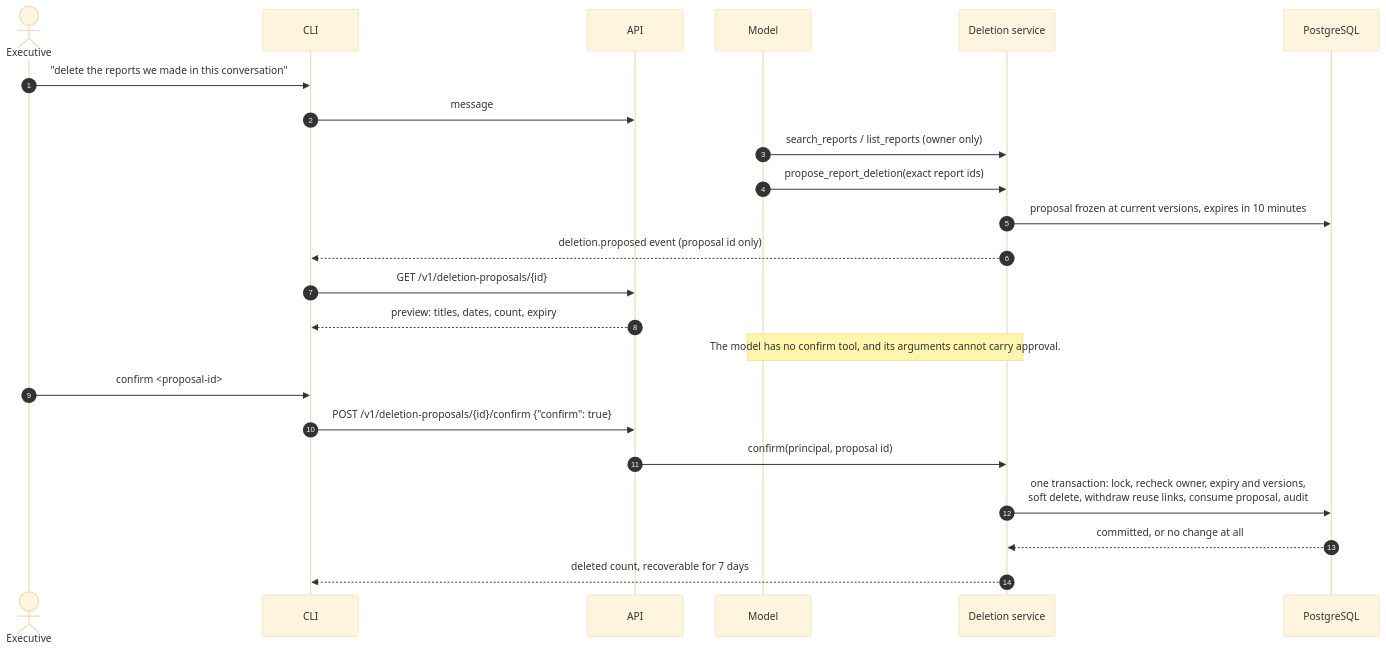
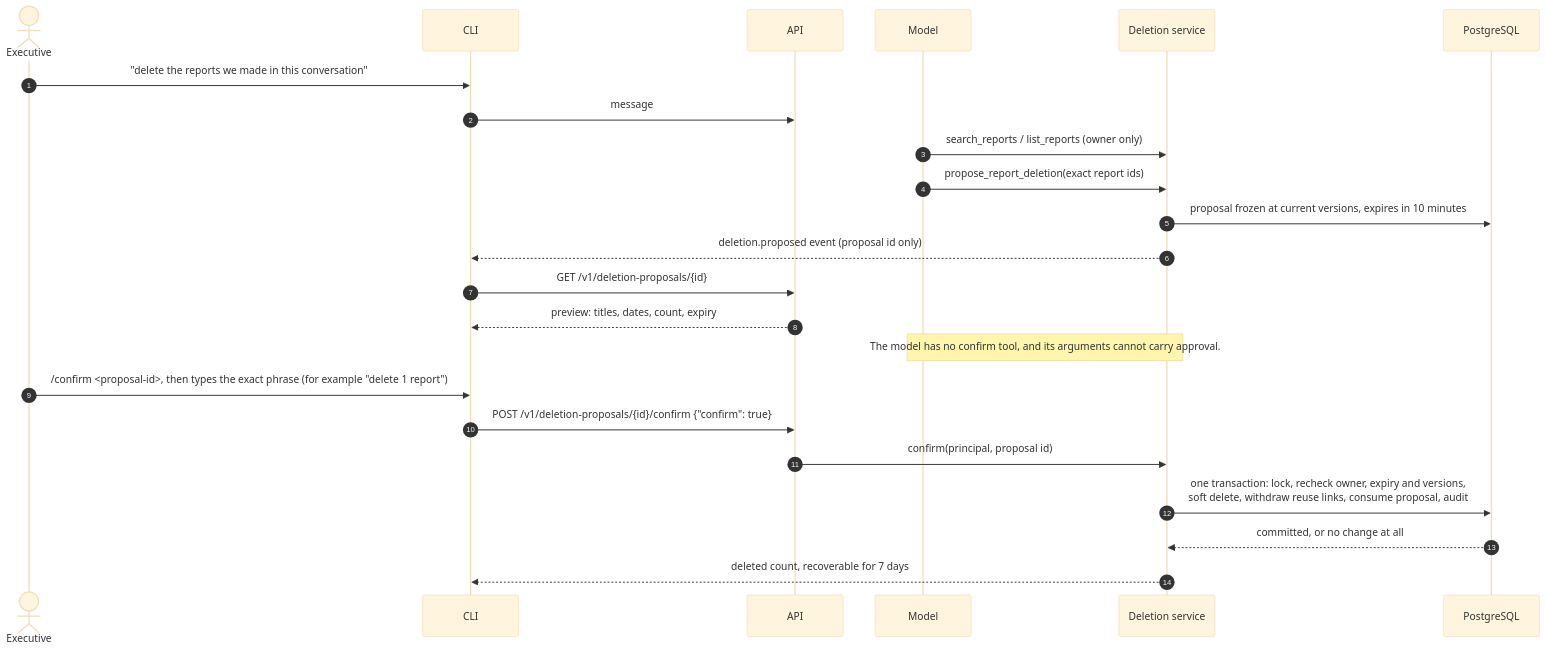
One commit to diego1q2w/retail-analytics-agent changed the second of 3 diagrams in docs/architecture/data-flow.md. Above: the diagram before and after it, drawn with Mermaid (base theme). The commit also changed other lines of this file and 25 other files, not shown here.

Commit message:
T40-F1: reconcile setup and local and production architecture

````diff
--- a/docs/architecture/data-flow.md
+++ b/docs/architecture/data-flow.md
@@ -65,26 +65,26 @@
 ```mermaid
 sequenceDiagram
     autonumber
     actor U as Executive
     participant C as CLI
     participant A as API
     participant M as Model
     participant D as Deletion service
     participant P as PostgreSQL
 
     U->>C: "delete the reports we made in this conversation"
     C->>A: message
     M->>D: search_reports / list_reports (owner only)
     M->>D: propose_report_deletion(exact report ids)
     D->>P: proposal frozen at current versions, expires in 10 minutes
     D-->>C: deletion.proposed event (proposal id only)
     C->>A: GET /v1/deletion-proposals/{id}
     A-->>C: preview: titles, dates, count, expiry
     Note over M,D: The model has no confirm tool, and its arguments cannot carry approval.
-    U->>C: confirm <proposal-id>
+    U->>C: /confirm <proposal-id>, then types the exact phrase (for example "delete 1 report")
     C->>A: POST /v1/deletion-proposals/{id}/confirm {"confirm": true}
     A->>D: confirm(principal, proposal id)
     D->>P: one transaction: lock, recheck owner, expiry and versions,<br/>soft delete, withdraw reuse links, consume proposal, audit
     P-->>D: committed, or no change at all
     D-->>C: deleted count, recoverable for 7 days
 ```
````
